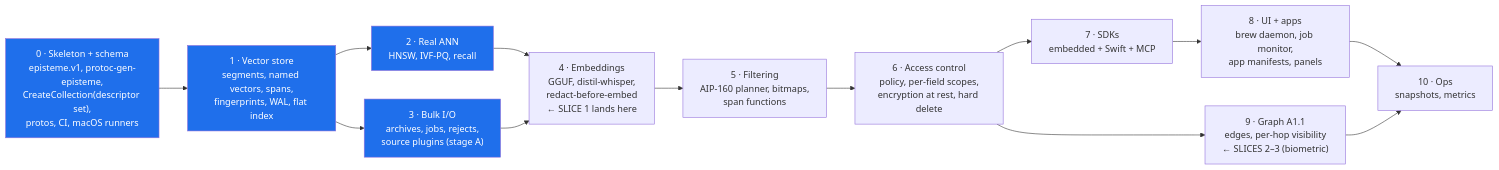
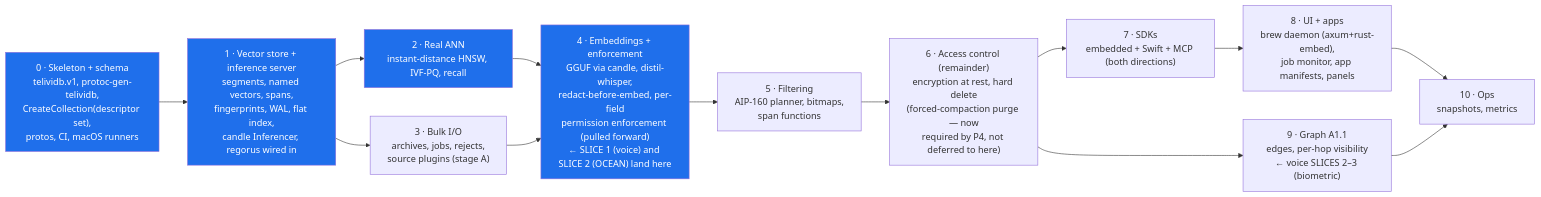
Before and after one commit to the-protobuf-project/telividb: diagram 11 of 11 in docs/ARCHITECTURE.md, drawn with Mermaid. The commit also changed other lines of this file and 325 other files, not shown here.

````diff
--- a/docs/ARCHITECTURE.md
+++ b/docs/ARCHITECTURE.md
@@ -1567,20 +1463,20 @@
 ```mermaid
 flowchart LR
-    P0["0 · Skeleton + schema<br/>episteme.v1, protoc-gen-episteme,<br/>CreateCollection(descriptor set),<br/>protos, CI, macOS runners"] --> P1["1 · Vector store<br/>segments, named vectors, spans,<br/>fingerprints, WAL, flat index"]
-    P1 --> P2["2 · Real ANN<br/>HNSW, IVF-PQ, recall"]
+    P0["0 · Skeleton + schema<br/>telividb.v1, protoc-gen-telividb,<br/>CreateCollection(descriptor set),<br/>protos, CI, macOS runners"] --> P1["1 · Vector store + inference server<br/>segments, named vectors, spans,<br/>fingerprints, WAL, flat index,<br/>candle Inferencer, regorus wired in"]
+    P1 --> P2["2 · Real ANN<br/>instant-distance HNSW, IVF-PQ, recall"]
     P1 --> P3["3 · Bulk I/O<br/>archives, jobs, rejects,<br/>source plugins (stage A)"]
-    P2 --> P4["4 · Embeddings<br/>GGUF, distil-whisper,<br/>redact-before-embed<br/>← SLICE 1 lands here"]
+    P2 --> P4["4 · Embeddings + enforcement<br/>GGUF via candle, distil-whisper,<br/>redact-before-embed, per-field<br/>permission enforcement (pulled forward)<br/>← SLICE 1 (voice) and SLICE 2 (OCEAN) land here"]
     P3 --> P4
     P4 --> P5["5 · Filtering<br/>AIP-160 planner, bitmaps,<br/>span functions"]
-    P5 --> P6["6 · Access control<br/>policy, per-field scopes,<br/>encryption at rest, hard delete"]
-    P6 --> P7["7 · SDKs<br/>embedded + Swift + MCP"]
-    P7 --> P8["8 · UI + apps<br/>brew daemon, job monitor,<br/>app manifests, panels"]
-    P6 --> P9["9 · Graph A1.1<br/>edges, per-hop visibility<br/>← SLICES 2–3 (biometric)"]
+    P5 --> P6["6 · Access control (remainder)<br/>encryption at rest, hard delete<br/>(forced-compaction purge — now<br/>required by P4, not deferred to here)"]
+    P6 --> P7["7 · SDKs<br/>embedded + Swift + MCP (both directions)"]
+    P7 --> P8["8 · UI + apps<br/>brew daemon (axum+rust-embed),<br/>job monitor, app manifests, panels"]
+    P6 --> P9["9 · Graph A1.1<br/>edges, per-hop visibility<br/>← voice SLICES 2–3 (biometric)"]
     P8 --> P10["10 · Ops<br/>snapshots, metrics"]
     P9 --> P10
 
     style P0 fill:#1f6feb,color:#fff
     style P1 fill:#1f6feb,color:#fff
     style P2 fill:#1f6feb,color:#fff
-    style P3 fill:#1f6feb,color:#fff
+    style P4 fill:#1f6feb,color:#fff
 ```
````
